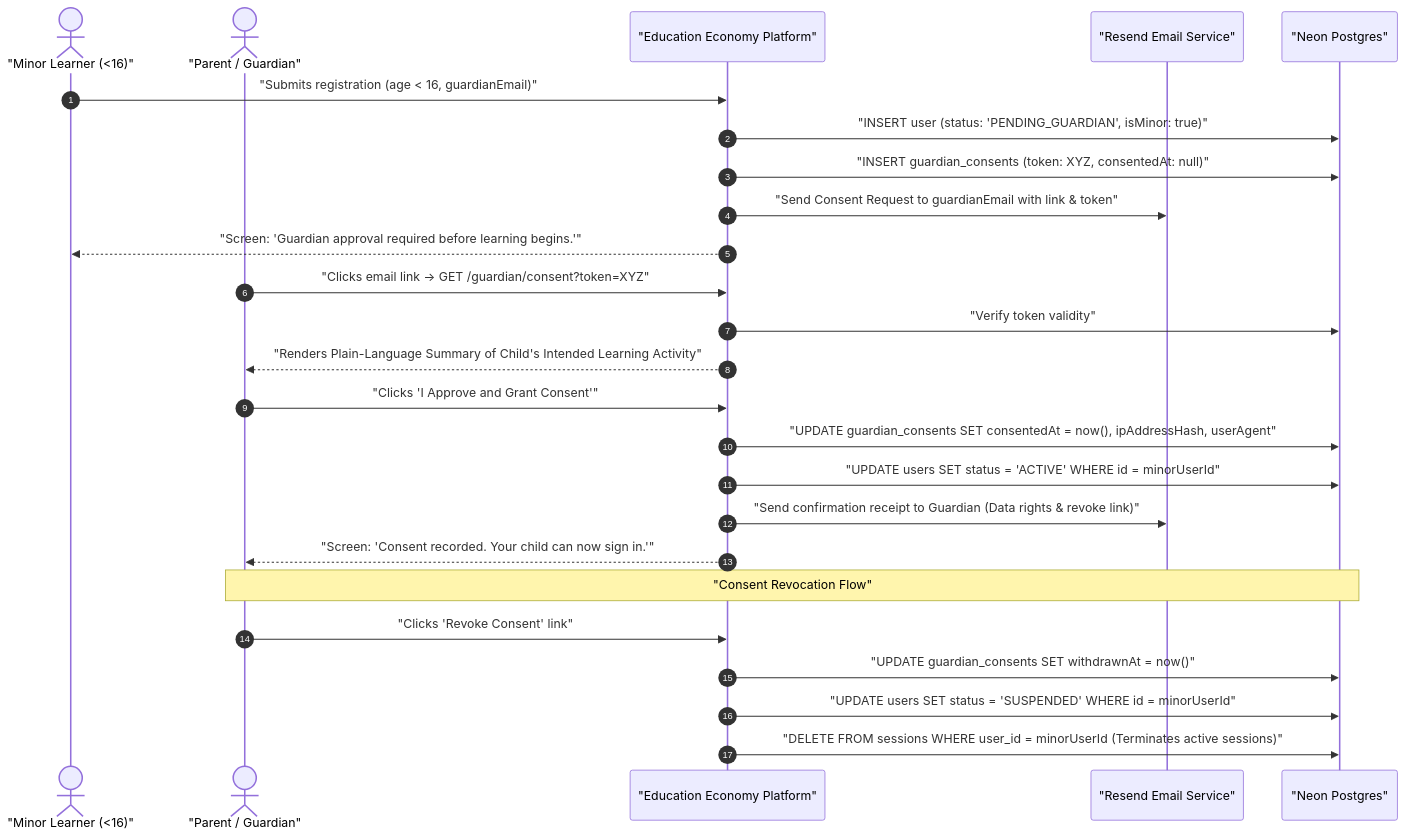
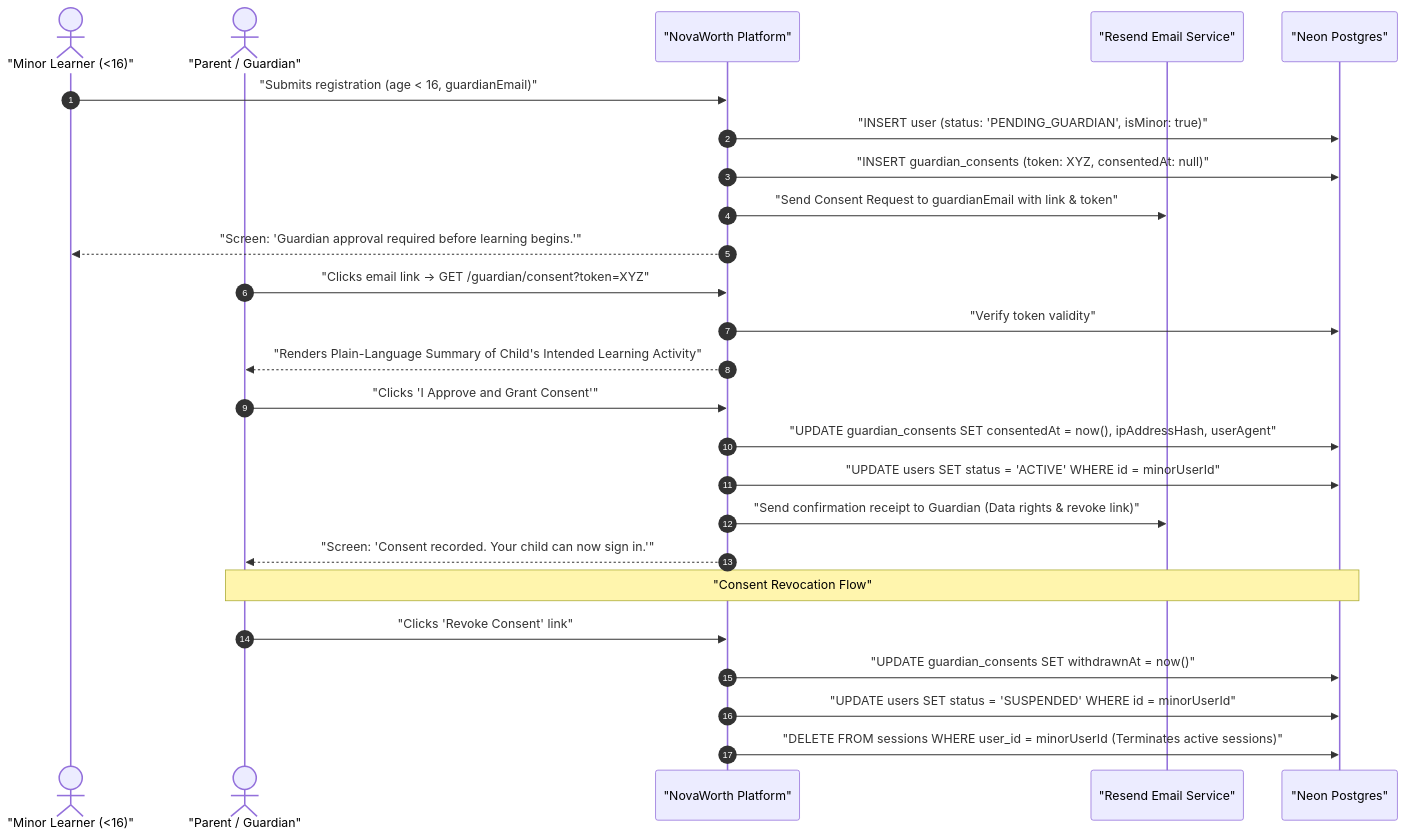
Before and after one commit to SAIBALKUMAR/NovaWorth: the eighth of 9 diagrams in docs/15-lld/01-identity-auth.md, drawn with Mermaid. The commit also changed other lines of this file and 46 other files, not shown here.

Commit message:
Rebrand to NovaWorth (company/app name; domain novaworth.ai)

````diff
--- a/docs/15-lld/01-identity-auth.md
+++ b/docs/15-lld/01-identity-auth.md
@@ -557,30 +557,30 @@
 ```mermaid
 sequenceDiagram
     autonumber
     actor Minor as "Minor Learner (<16)"
     actor Guardian as "Parent / Guardian"
-    participant App as "Education Economy Platform"
+    participant App as "NovaWorth Platform"
     participant Resend as "Resend Email Service"
     participant DB as "Neon Postgres"
 
     Minor->>App: "Submits registration (age < 16, guardianEmail)"
     App->>DB: "INSERT user (status: 'PENDING_GUARDIAN', isMinor: true)"
     App->>DB: "INSERT guardian_consents (token: XYZ, consentedAt: null)"
     App->>Resend: "Send Consent Request to guardianEmail with link & token"
     App-->>Minor: "Screen: 'Guardian approval required before learning begins.'"
     
     Guardian->>App: "Clicks email link -> GET /guardian/consent?token=XYZ"
     App->>DB: "Verify token validity"
     App-->>Guardian: "Renders Plain-Language Summary of Child's Intended Learning Activity"
     Guardian->>App: "Clicks 'I Approve and Grant Consent'"
     App->>DB: "UPDATE guardian_consents SET consentedAt = now(), ipAddressHash, userAgent"
     App->>DB: "UPDATE users SET status = 'ACTIVE' WHERE id = minorUserId"
     App->>Resend: "Send confirmation receipt to Guardian (Data rights & revoke link)"
     App-->>Guardian: "Screen: 'Consent recorded. Your child can now sign in.'"
     
     Note over Guardian, DB: "Consent Revocation Flow"
     Guardian->>App: "Clicks 'Revoke Consent' link"
     App->>DB: "UPDATE guardian_consents SET withdrawnAt = now()"
     App->>DB: "UPDATE users SET status = 'SUSPENDED' WHERE id = minorUserId"
     App->>DB: "DELETE FROM sessions WHERE user_id = minorUserId (Terminates active sessions)"
 ```
````
